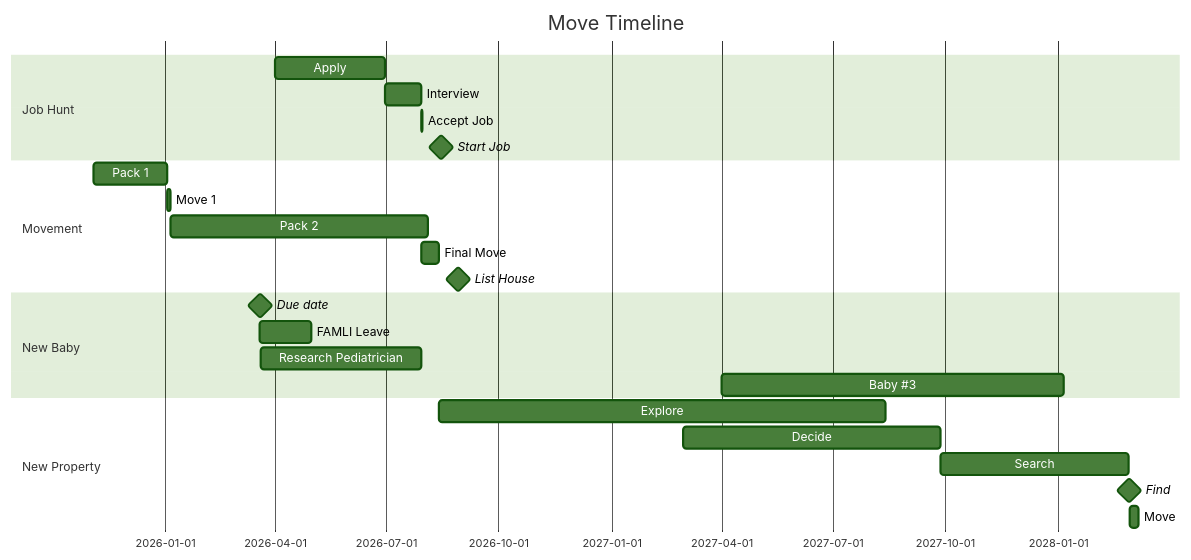
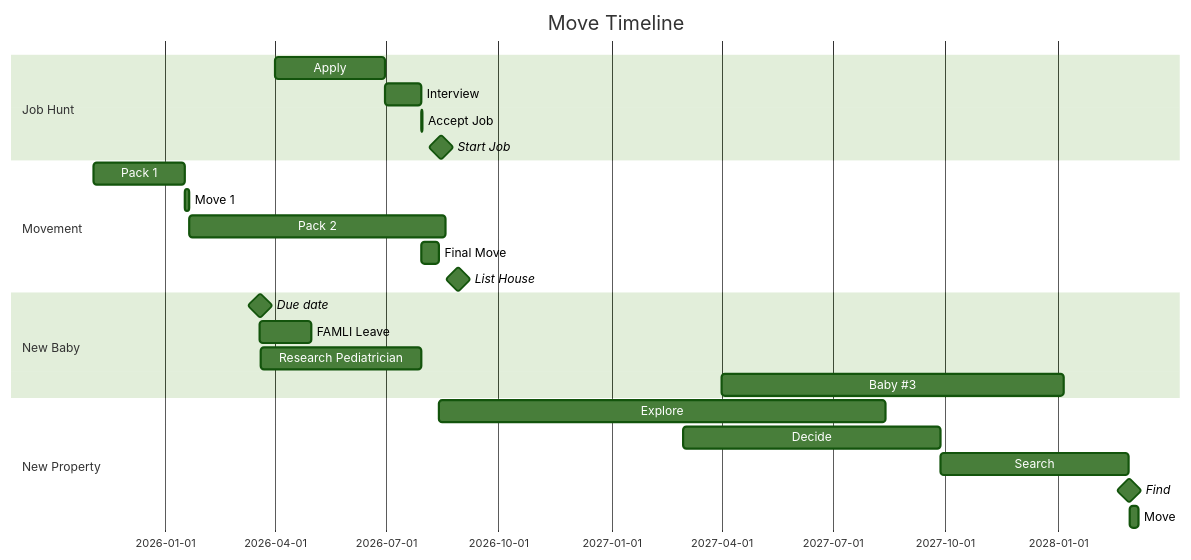
Before and after one commit to lfulmer35/ArkansasPlanning: the diagram in brainstorm.md, drawn with Mermaid (forest theme).

Commit message:
Update gantt again.

````diff
--- a/brainstorm.md
+++ b/brainstorm.md
@@ -315,28 +315,28 @@
 ```mermaid
 gantt
 title Move Timeline
     dateFormat YYYY-MM-DD
     tickInterval 3month
     section Job Hunt
         Apply       : ap1, 2026-04-01, 90d
         Interview   : ap2, after ap1, 30d 
         Accept Job  : after ap2, 1d
         Start Job   :milestone, 2026-08-30
     section Movement
-        Pack 1      :p1, 2025-11-4, 60d
+        Pack 1      :p1, 2025-11-4, 75d
         Move 1      :m1, after p1, 3d 
         Pack 2      :p2, after m1, 210d
         Final Move  : m3, after ap2, 14d
         List House  :milestone, after ap2, 60d
     section New Baby
         Due date    :milestone, 2026-03-20, 1d
         FAMLI Leave :bb1, 2026-03-20, 6w
         Research Pediatrician : 2026-3-21, until m3
         Baby #3     :bb2, 2027-04-01, 40w
     section New Property
         Explore    :after m3, 1y
         Decide     :d1, 2027-03-01, 30w
         Search     :finSearch, after d1, 22w
         Find       :milestone, 1d
         Move       : 7d
 ```
````
